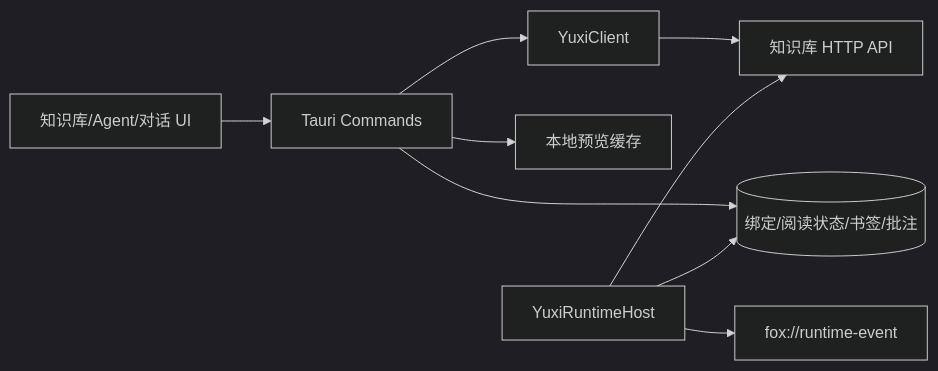
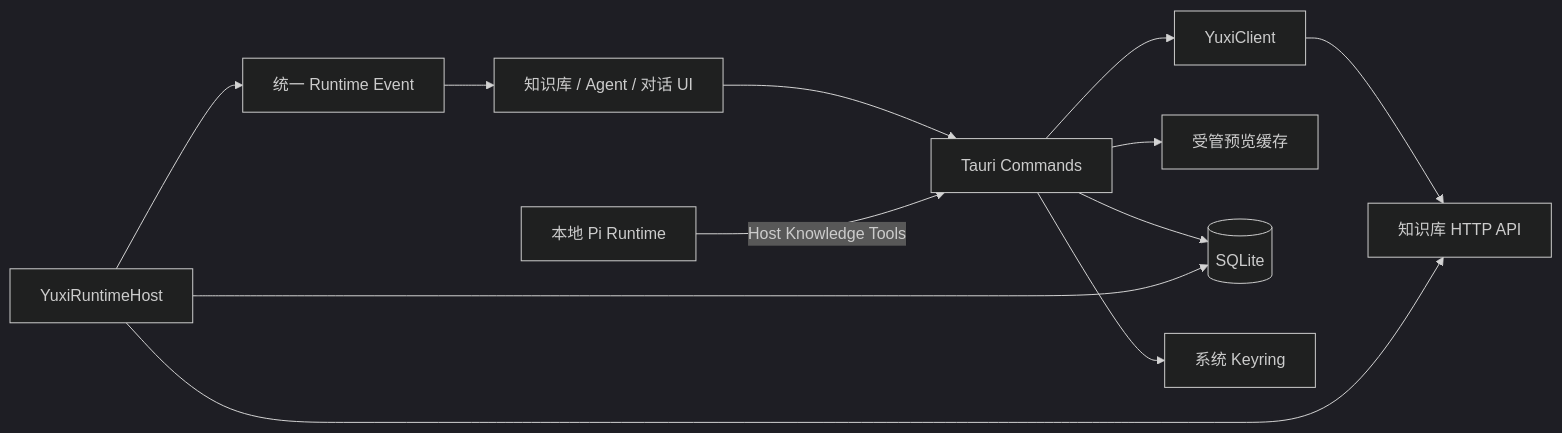
Before and after one commit to Hry1729/Fox-Agent: the first of 3 diagrams in docs/02-架构/知识库集成架构.md, drawn with Mermaid (dark theme). The commit also changed other lines of this file and 1702 other files, not shown here.

````diff
--- a/docs/02-架构/知识库集成架构.md
+++ b/docs/02-架构/知识库集成架构.md
@@ -14,11 +23,14 @@
 ```mermaid
 flowchart LR
-    UI["知识库/Agent/对话 UI"] --> CMD["Tauri Commands"]
+    UI["知识库 / Agent / 对话 UI"] --> CMD["Tauri Commands"]
     CMD --> CLIENT["YuxiClient"]
     CLIENT --> API["知识库 HTTP API"]
-    CMD --> CACHE["本地预览缓存"]
-    CMD --> DB[("绑定/阅读状态/书签/批注")]
+    CMD --> CACHE["受管预览缓存"]
+    CMD --> DB[("SQLite")]
+    CMD --> KEY["系统 Keyring"]
+    PI["本地 Pi Runtime"] -->|"Host Knowledge Tools"| CMD
     YRUN["YuxiRuntimeHost"] --> API
     YRUN --> DB
-    YRUN --> EVENT["fox://runtime-event"]
+    YRUN --> EVENT["统一 Runtime Event"]
+    EVENT --> UI
 ```
````
